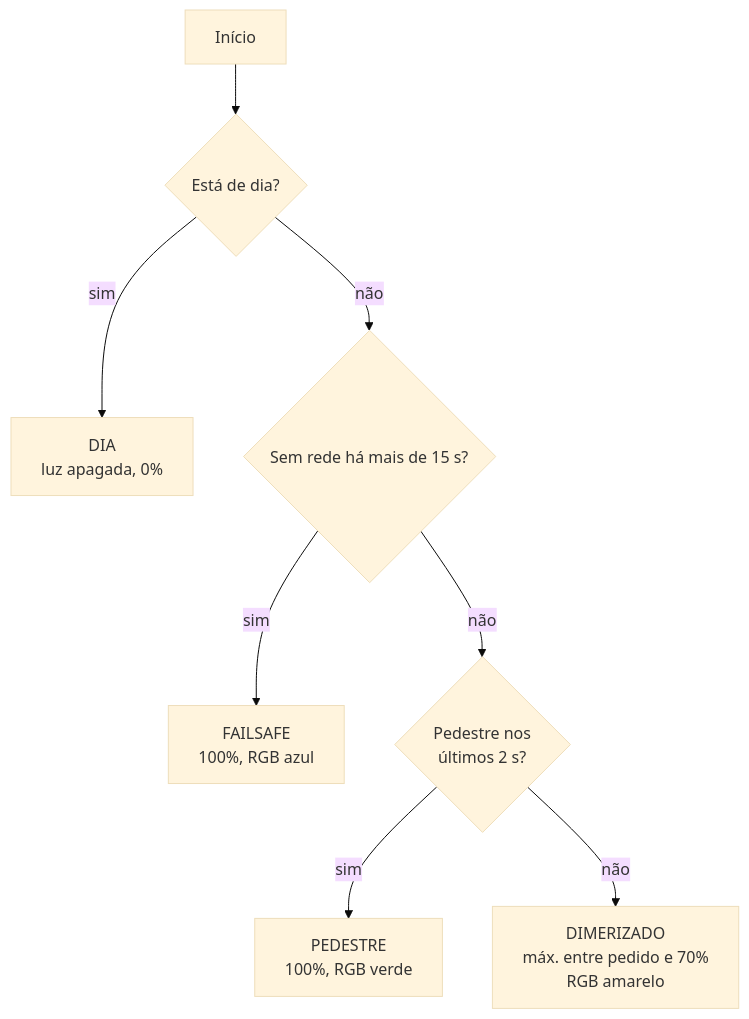
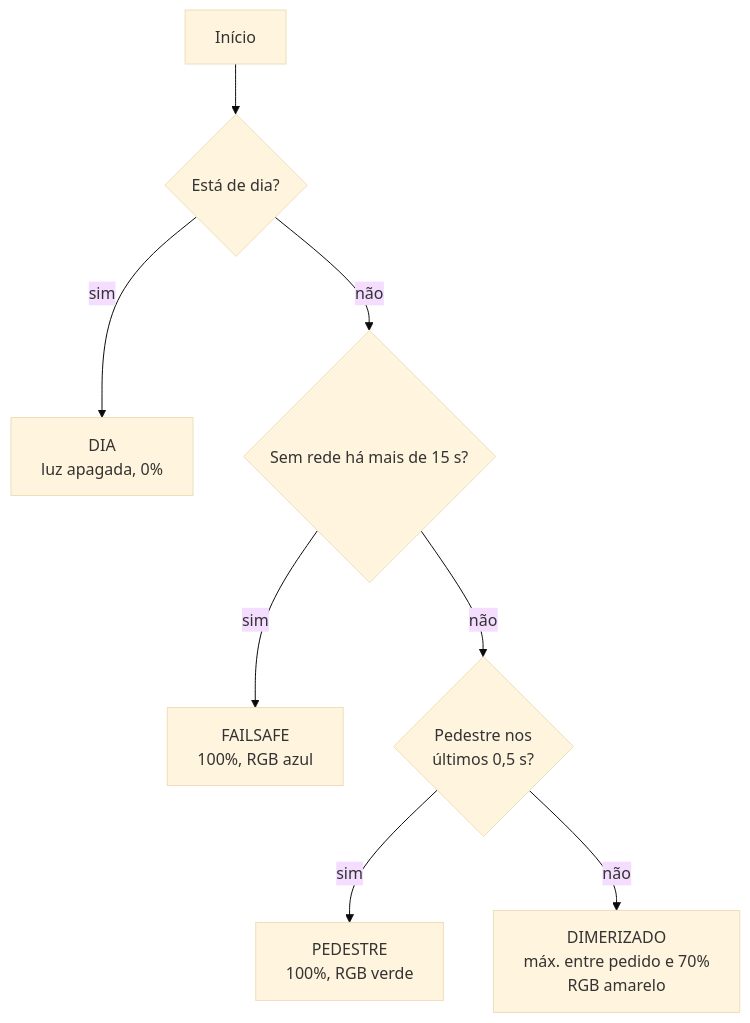
One commit to antoniolaprov/g17-iluminacao-inteligente changed the second of 2 diagrams in README.md. Above: the diagram before and after it, drawn with Mermaid (base theme). The commit also changed other lines of this file and 1 other file, not shown here.

First line of the commit message:
Deixa a luz reagir mais rápido ao pedestre (firmware v2.14)

````diff
--- a/README.md
+++ b/README.md
@@ -68,10 +68,10 @@
 ```mermaid
 flowchart TD
     A[Início] --> B{Está de dia?}
     B -- sim --> DIA[DIA<br/>luz apagada, 0%]
     B -- não --> F{Sem rede há mais de 15 s?}
     F -- sim --> FS[FAILSAFE<br/>100%, RGB azul]
-    F -- não --> P{Pedestre nos<br/>últimos 2 s?}
+    F -- não --> P{Pedestre nos<br/>últimos 0,5 s?}
     P -- sim --> PED[PEDESTRE<br/>100%, RGB verde]
     P -- não --> DIM[DIMERIZADO<br/>máx. entre pedido e 70%<br/>RGB amarelo]
 ```
````
